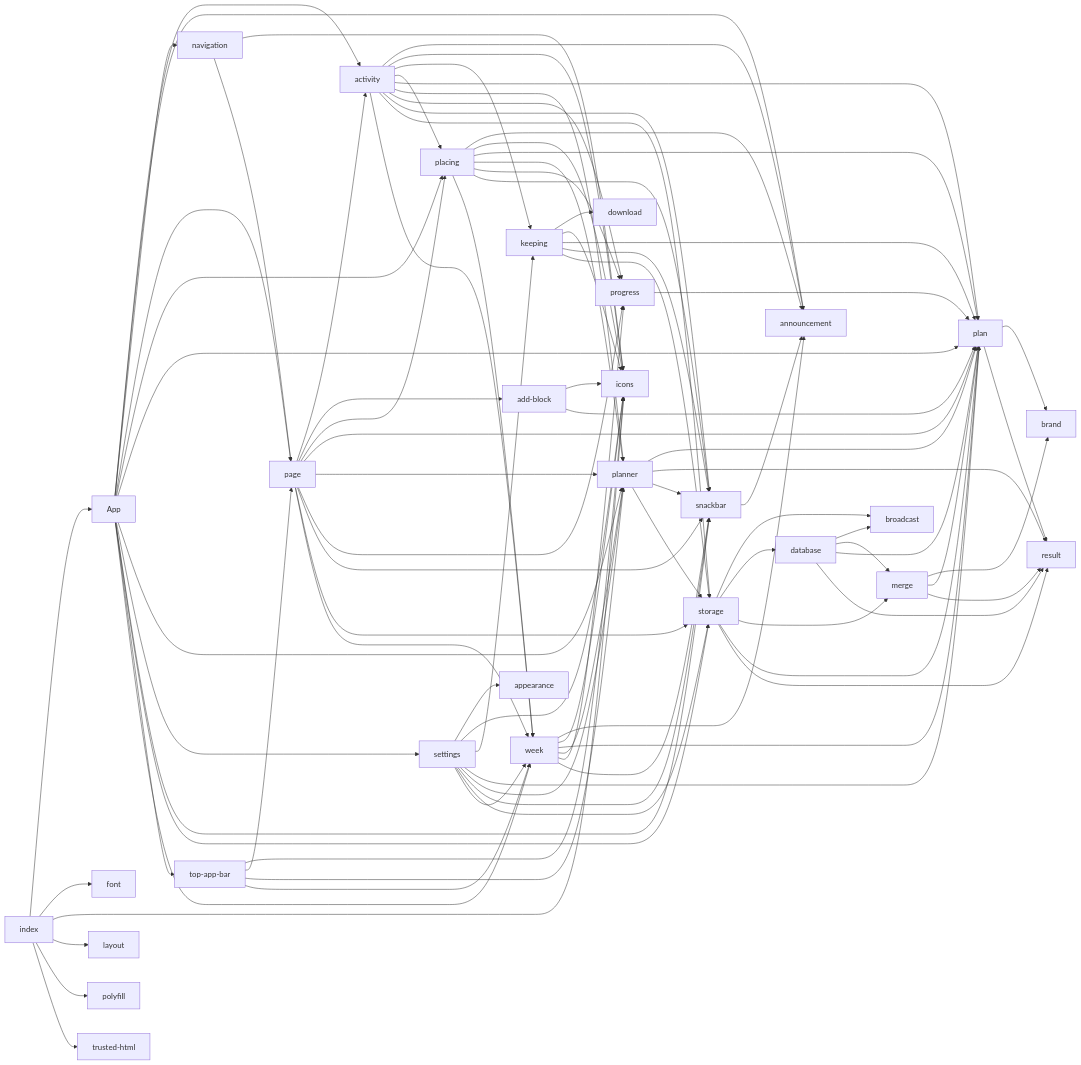
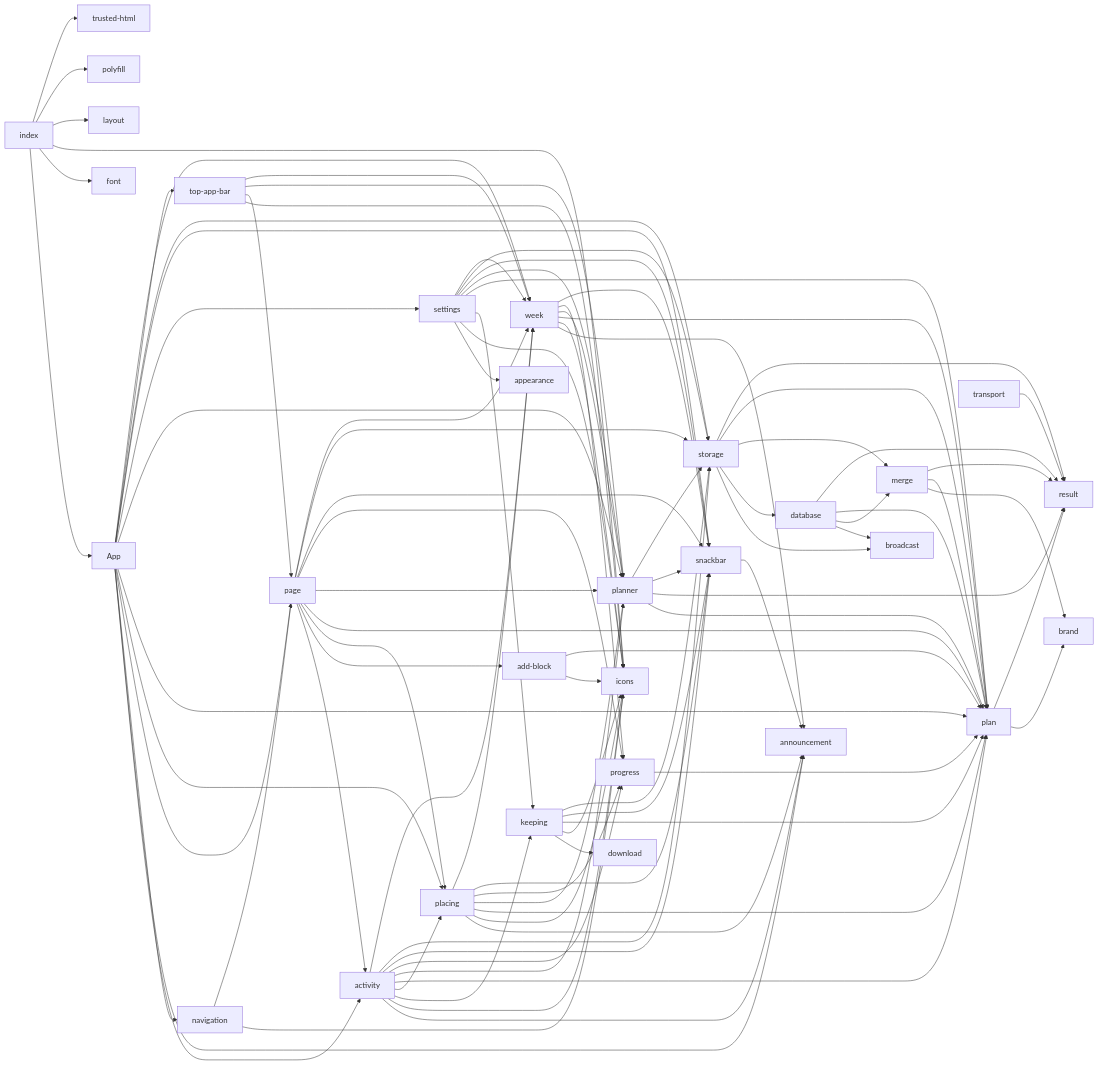
One commit to SantaClaas/week-budget-planner changed the diagram in docs/MODULES.md. Above: the diagram before and after it, drawn with Mermaid. The commit also changed 38 other files, not shown here.

```diff
--- a/docs/MODULES.md
+++ b/docs/MODULES.md
@@ -35,6 +35,7 @@
   module_snackbar["snackbar"]
   module_storage["storage"]
   module_top_app_bar["top-app-bar"]
+  module_transport["transport"]
   module_trusted_html["trusted-html"]
   module_week["week"]
   module_activity --> module_announcement
@@ -122,6 +123,7 @@
   module_top_app_bar --> module_page
   module_top_app_bar --> module_planner
   module_top_app_bar --> module_week
+  module_transport --> module_result
   module_week --> module_announcement
   module_week --> module_icons
   module_week --> module_plan
```
